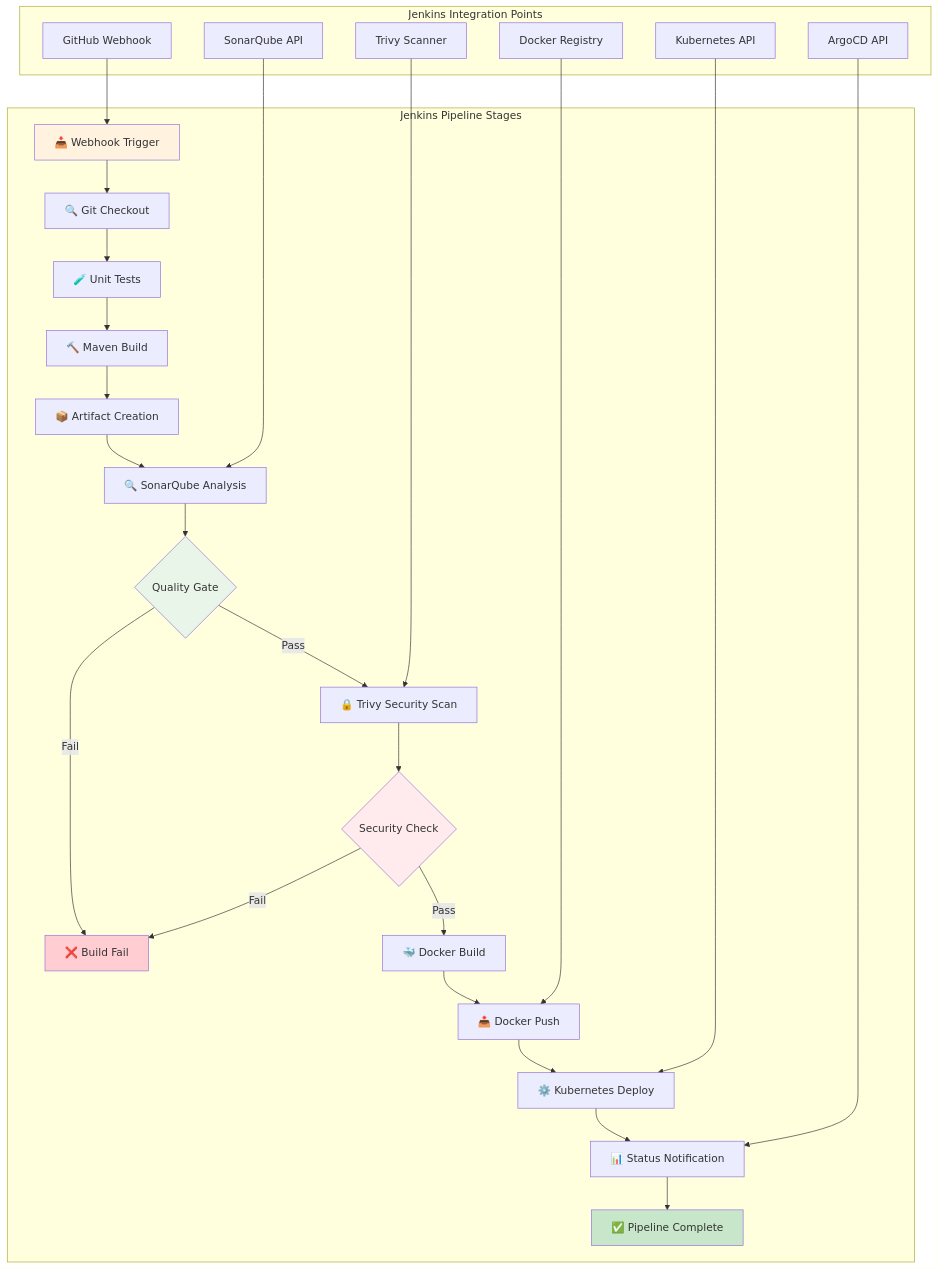
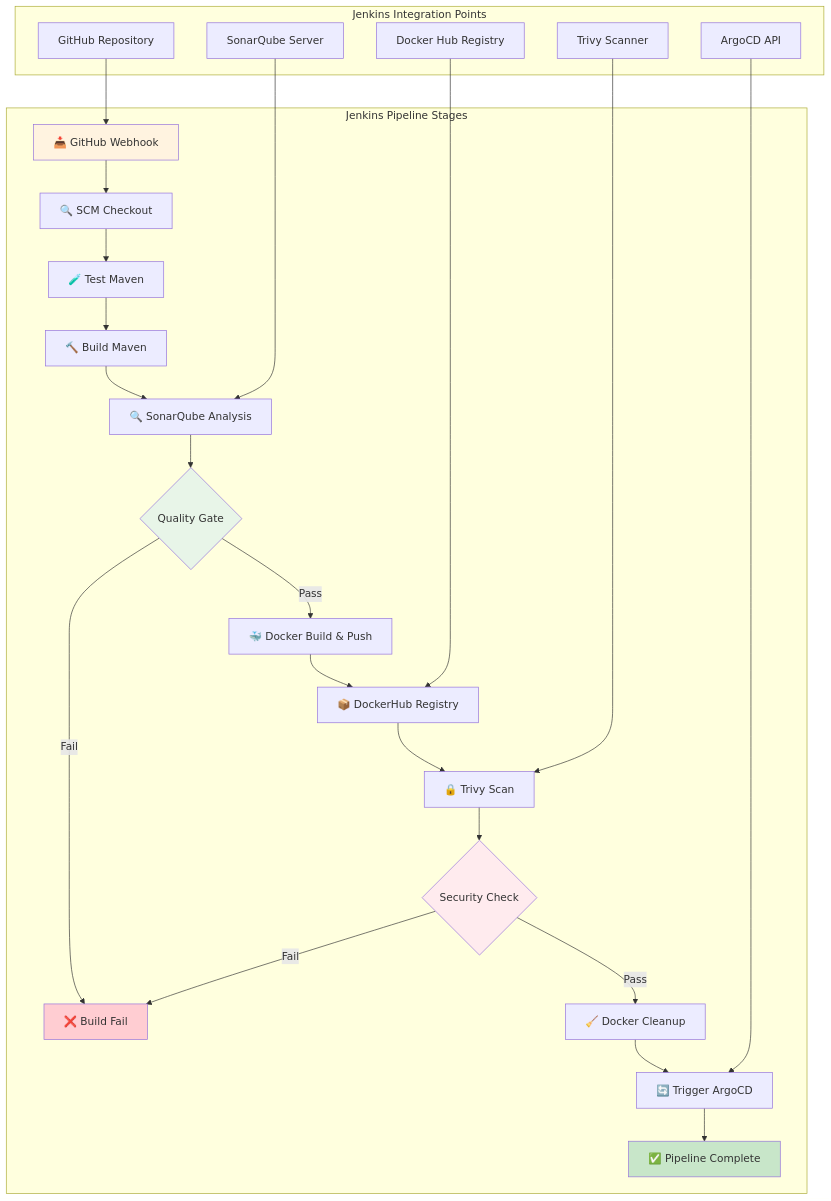
The first of 9 diagrams in detailed-devops-diagrams.md (onurglr/aws-pipeline), drawn with Mermaid before and after one commit. The commit also changed other lines of this file and 1 other file, not shown here.

````diff
--- a/detailed-devops-diagrams.md
+++ b/detailed-devops-diagrams.md
@@ -5,38 +5,35 @@
 ```mermaid
 graph TB
     subgraph "Jenkins Pipeline Stages"
-        A[📥 Webhook Trigger] --> B[🔍 Git Checkout]
-        B --> C[🧪 Unit Tests]
-        C --> D[🔨 Maven Build]
-        D --> E[📦 Artifact Creation]
+        A[📥 GitHub Webhook] --> B[🔍 SCM Checkout]
+        B --> C[🧪 Test Maven]
+        C --> D[🔨 Build Maven]
+        D --> E[🔍 SonarQube Analysis]
+        E --> F{Quality Gate}
+        F -->|Pass| G[🐳 Docker Build & Push]
+        F -->|Fail| I[❌ Build Fail]
         
-        E --> F[🔍 SonarQube Analysis]
-        F --> G{Quality Gate}
-        G -->|Pass| H[🔒 Trivy Security Scan]
-        G -->|Fail| I[❌ Build Fail]
+        G --> H[📦 DockerHub Registry]
+        H --> J[🔒 Trivy Scan]
+        J --> K{Security Check}
+        K -->|Pass| L[🧹 Docker Cleanup]
+        K -->|Fail| I
         
-        H --> J{Security Check}
-        J -->|Pass| K[🐳 Docker Build]
-        J -->|Fail| I
-        
-        K --> L[📤 Docker Push]
-        L --> M[⚙️ Kubernetes Deploy]
-        M --> N[📊 Status Notification]
-        N --> O[✅ Pipeline Complete]
+        L --> M[🔄 Trigger ArgoCD]
+        M --> N[✅ Pipeline Complete]
     end
     
     subgraph "Jenkins Integration Points"
-        P[GitHub Webhook] --> A
-        Q[SonarQube API] --> F
-        R[Trivy Scanner] --> H
-        S[Docker Registry] --> L
-        T[Kubernetes API] --> M
-        U[ArgoCD API] --> N
+        P[GitHub Repository] --> A
+        Q[SonarQube Server] --> E
+        R[Docker Hub Registry] --> H
+        S[Trivy Scanner] --> J
+        T[ArgoCD API] --> M
     end
     
     style A fill:#fff3e0
-    style G fill:#e8f5e8
-    style J fill:#ffebee
+    style F fill:#e8f5e8
+    style K fill:#ffebee
     style I fill:#ffcdd2
-    style O fill:#c8e6c9
+    style N fill:#c8e6c9
 ```
````
